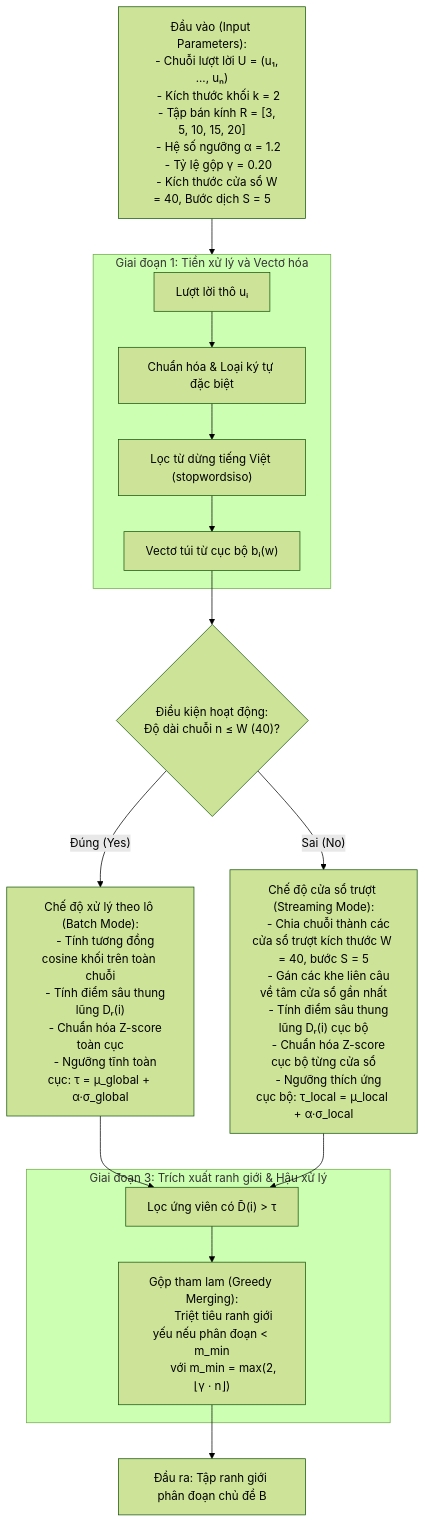
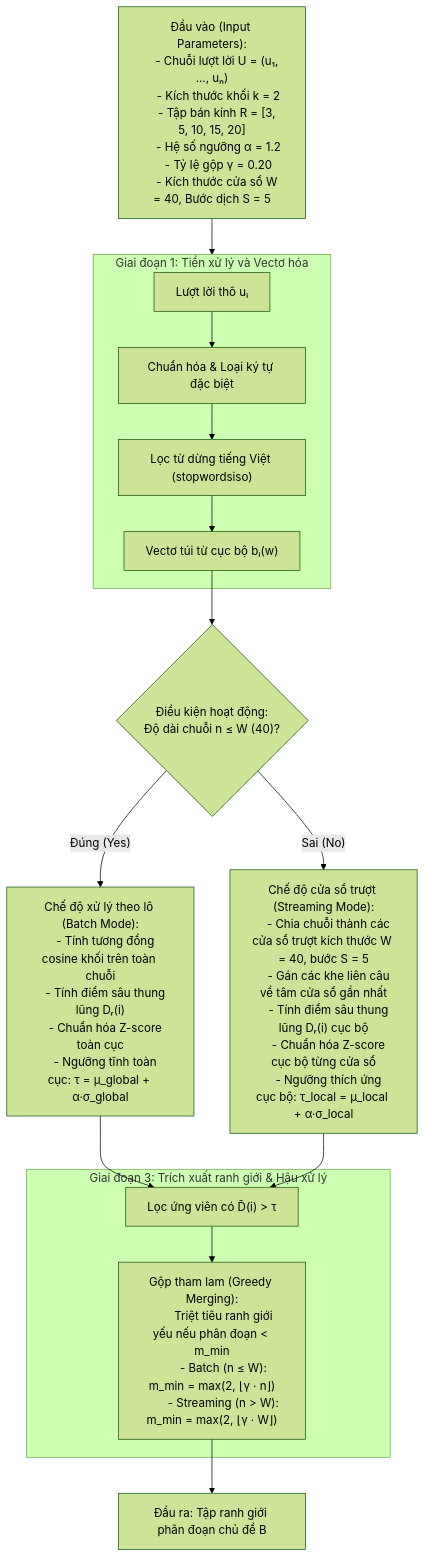
The second of 3 diagrams in report_compilation/Khoa_luan_Streaming_Meeting_Summary_hoan_chinh.md (quangkmhd/AIP491_G5_SU26_hierarchical-highlights-summarizer), drawn with Mermaid (forest theme) before and after one commit. The commit also changed other lines of this file and 7 other files, not shown here.

````diff
--- a/report_compilation/Khoa_luan_Streaming_Meeting_Summary_hoan_chinh.md
+++ b/report_compilation/Khoa_luan_Streaming_Meeting_Summary_hoan_chinh.md
@@ -170,50 +170,51 @@
 ```mermaid
 flowchart TD
     %% Input Node with exact details and limits
     Input["Đầu vào (Input Parameters):
     - Chuỗi lượt lời U = (u₁, ..., uₙ)
     - Kích thước khối k = 2
     - Tập bán kính R = [3, 5, 10, 15, 20]
     - Hệ số ngưỡng α = 1.2
     - Tỷ lệ gộp γ = 0.20
     - Kích thước cửa sổ W = 40, Bước dịch S = 5"] --> Stage1
 
     %% Stage 1
     subgraph Stage1["Giai đoạn 1: Tiền xử lý và Vectơ hóa"]
         Raw["Lượt lời thô uᵢ"] --> Norm["Chuẩn hóa & Loại ký tự đặc biệt"]
         Norm --> Stopwords["Lọc từ dừng tiếng Việt (stopwordsiso)"]
         Stopwords --> BoW["Vectơ túi từ cục bộ bᵢ(w)"]
     end
 
     %% Operating Condition Branching
     BoW --> Condition{"Điều kiện hoạt động:
     Độ dài chuỗi n ≤ W (40)?"}
 
     %% Batch Mode Path
     Condition -->|"Đúng (Yes)"| Batch["Chế độ xử lý theo lô (Batch Mode):
     - Tính tương đồng cosine khối trên toàn chuỗi
     - Tính điểm sâu thung lũng Dᵣ(i)
     - Chuẩn hóa Z-score toàn cục
     - Ngưỡng tĩnh toàn cục: τ = μ_global + α·σ_global"]
 
     %% Streaming Mode Path
     Condition -->|"Sai (No)"| Streaming["Chế độ cửa sổ trượt (Streaming Mode):
     - Chia chuỗi thành các cửa sổ trượt kích thước W = 40, bước S = 5
     - Gán các khe liên câu về tâm cửa sổ gần nhất
     - Tính điểm sâu thung lũng Dᵣ(i) cục bộ
     - Chuẩn hóa Z-score cục bộ từng cửa sổ
     - Ngưỡng thích ứng cục bộ: τ_local = μ_local + α·σ_local"]
 
     %% Merge Paths
     Batch --> PostProcess
     Streaming --> PostProcess
 
     %% Stage 4: Post-processing & Output
     subgraph Stage4["Giai đoạn 3: Trích xuất ranh giới & Hậu xử lý"]
         PostProcess["Lọc ứng viên có D̄(i) > τ"] --> Greedy["Gộp tham lam (Greedy Merging):
         Triệt tiêu ranh giới yếu nếu phân đoạn < m_min
-        với m_min = max(2, ⌊γ · n⌋)"]
+        - Batch (n ≤ W): m_min = max(2, ⌊γ · n⌋)
+        - Streaming (n > W): m_min = max(2, ⌊γ · W⌋)"]
     end
 
     Greedy --> Output["Đầu ra: Tập ranh giới phân đoạn chủ đề B"]
 ```
````
